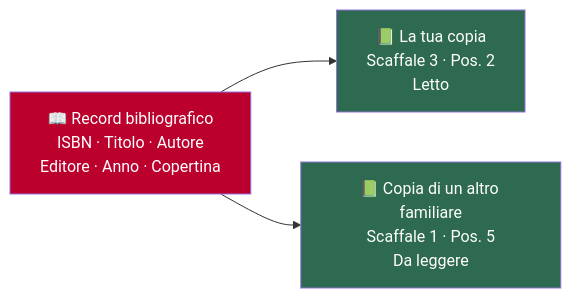
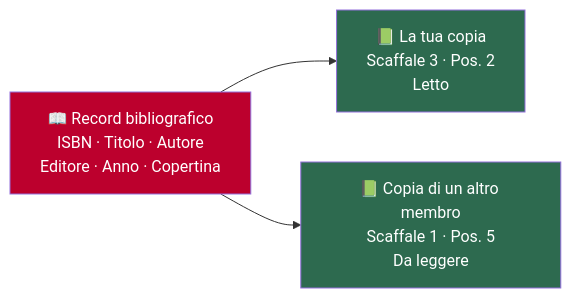
The first of 2 diagrams in docs_it/user/05-book-details.md (jinbocho/jinbocho.github.io), drawn with Mermaid before and after one commit. The commit also changed other lines of this file and 70 other files, not shown here.

````diff
--- a/docs_it/user/05-book-details.md
+++ b/docs_it/user/05-book-details.md
@@ -9,12 +9,12 @@
 ```mermaid
 graph LR
     BR["📖 Record bibliografico<br/>ISBN · Titolo · Autore<br/>Editore · Anno · Copertina"]
     OB1["📗 La tua copia<br/>Scaffale 3 · Pos. 2<br/>Letto"]
-    OB2["📗 Copia di un altro familiare<br/>Scaffale 1 · Pos. 5<br/>Da leggere"]
+    OB2["📗 Copia di un altro membro<br/>Scaffale 1 · Pos. 5<br/>Da leggere"]
     BR --> OB1
     BR --> OB2
 
     style BR fill:#BC002D,color:#fff
     style OB1 fill:#2D6A4F,color:#fff
     style OB2 fill:#2D6A4F,color:#fff
 ```
````
